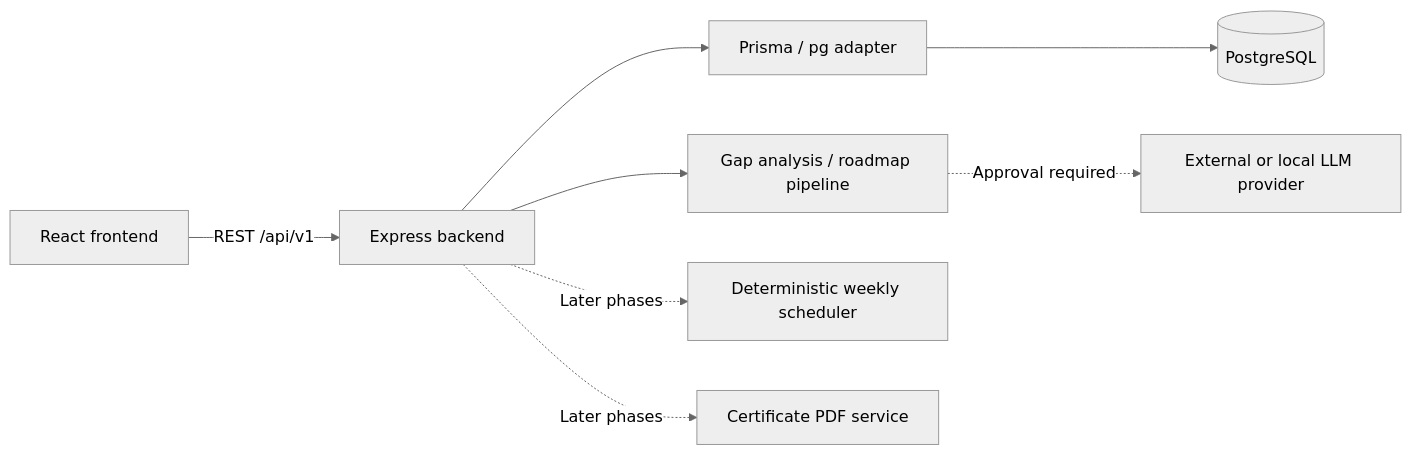
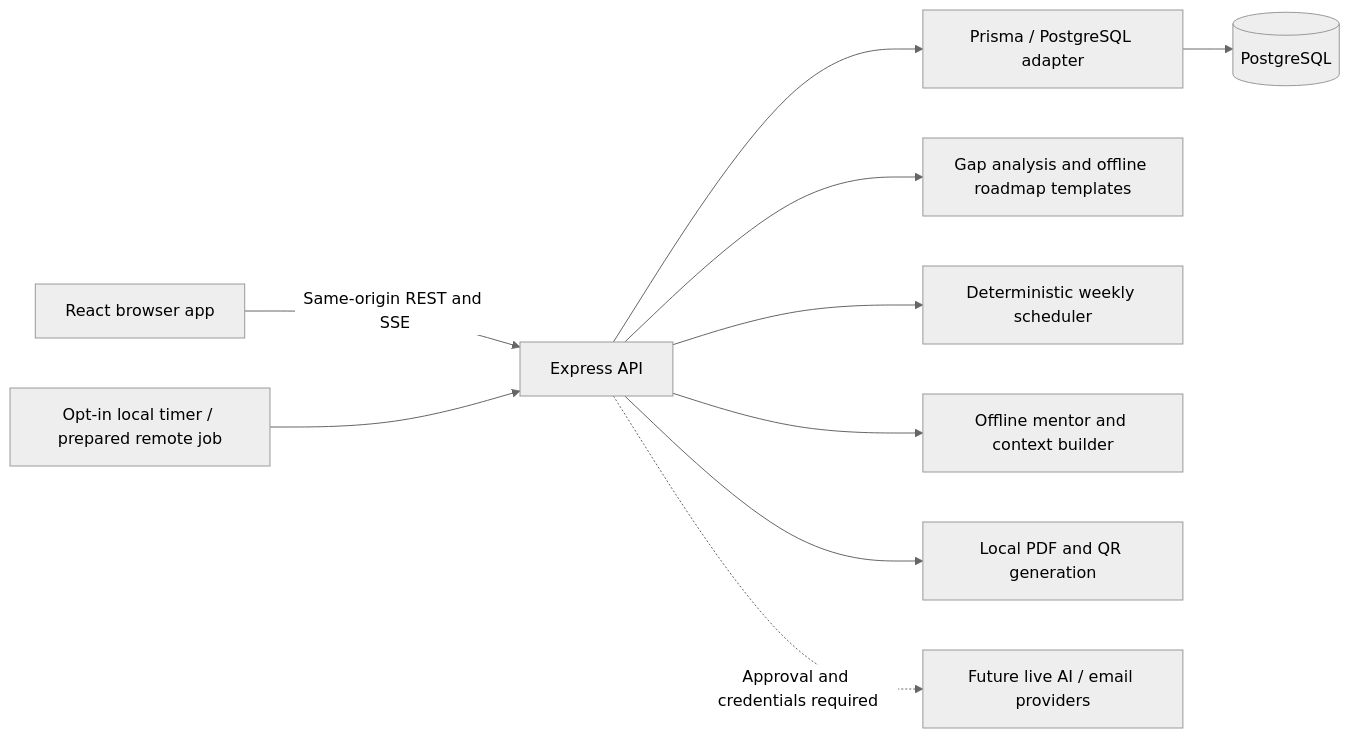
One commit to neethu18reddy/LinkUp changed the diagram in README.md. Above: the diagram before and after it, drawn with Mermaid (neutral theme). The commit also changed other lines of this file and 23 other files, not shown here.

````diff
--- a/README.md
+++ b/README.md
@@ -65,10 +35,12 @@
 ```mermaid
 flowchart LR
-  Browser[React frontend] -->|REST /api/v1| API[Express backend]
-  API --> Prisma[Prisma / pg adapter]
-  Prisma --> DB[(PostgreSQL)]
-  API --> Roadmap[Gap analysis / roadmap pipeline]
-  API -. Later phases .-> Scheduler[Deterministic weekly scheduler]
-  API -. Later phases .-> PDF[Certificate PDF service]
-  Roadmap -. Approval required .-> LLM[External or local LLM provider]
+  Browser[React browser app] -->|Same-origin REST and SSE| API[Express API]
+  API --> ORM[Prisma / PostgreSQL adapter]
+  ORM --> DB[(PostgreSQL)]
+  API --> Roadmap[Gap analysis and offline roadmap templates]
+  API --> Plan[Deterministic weekly scheduler]
+  API --> Mentor[Offline mentor and context builder]
+  API --> PDF[Local PDF and QR generation]
+  Timer[Opt-in local timer / prepared remote job] --> API
+  API -. Approval and credentials required .-> External[Future live AI / email providers]
 ```
````
